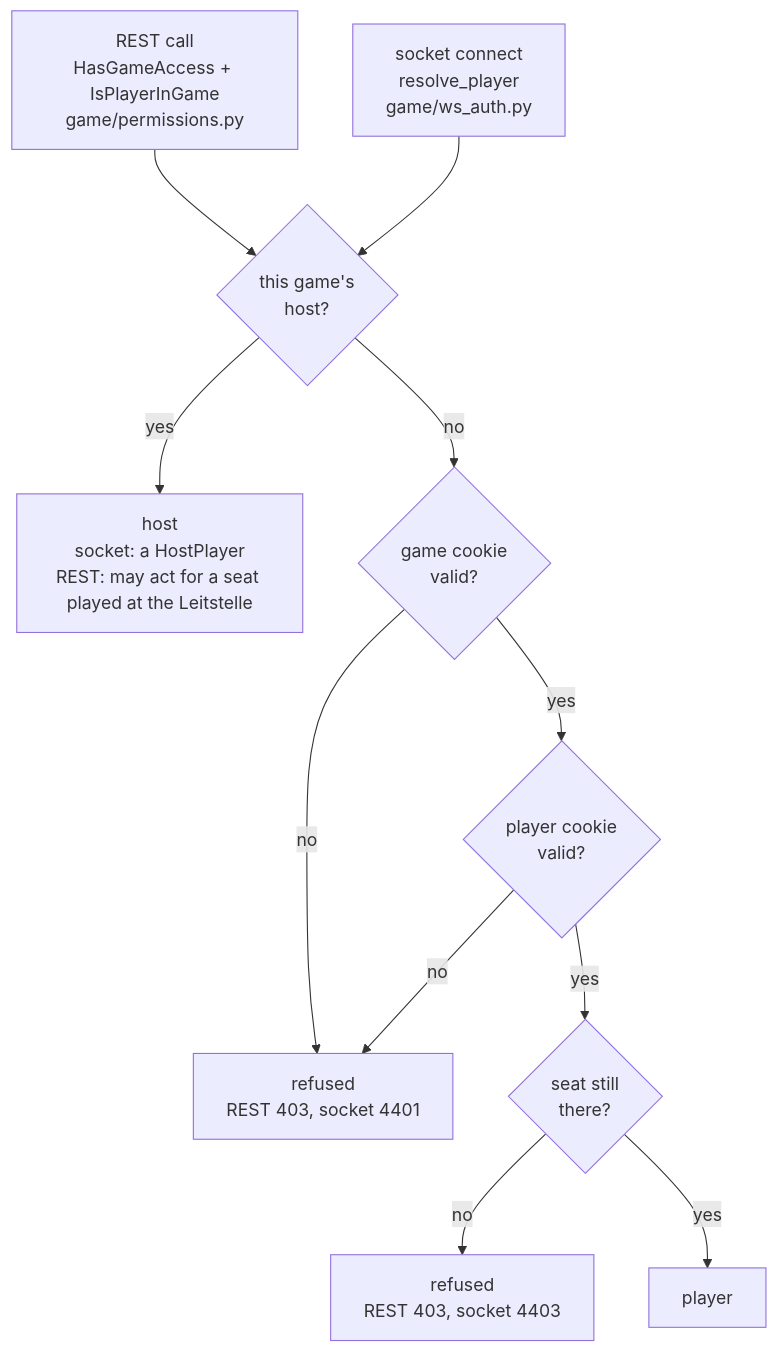
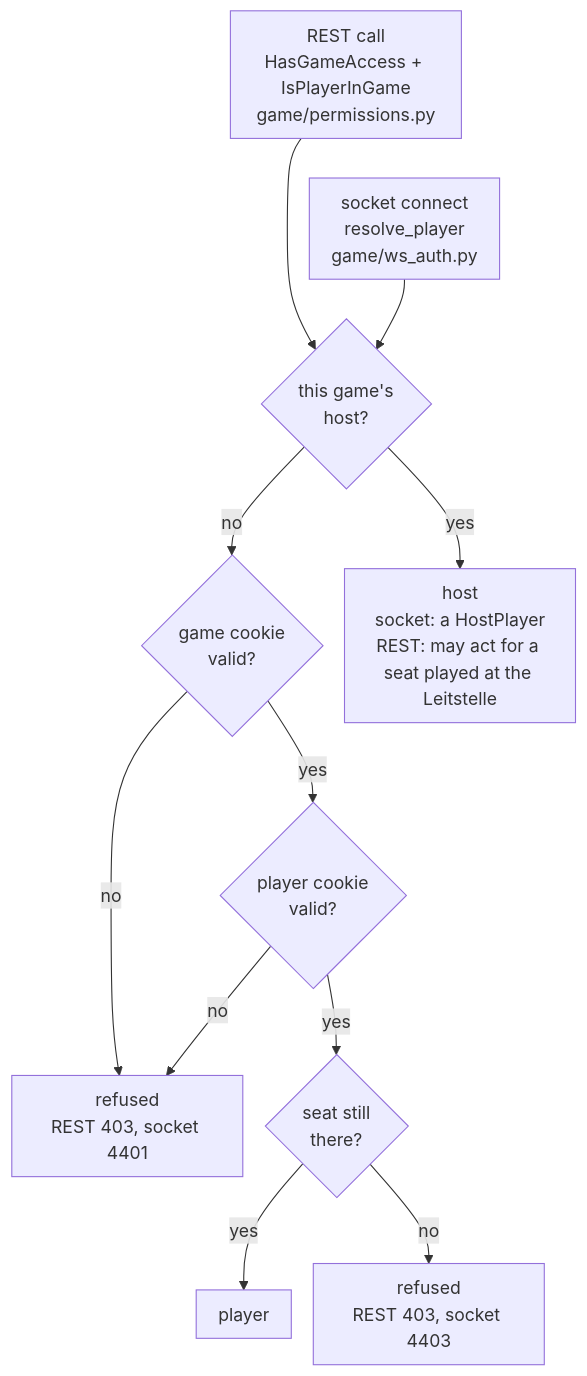
The fourth of 12 diagrams in docs/en-flowcharts.md (luke-hirsch/co2mmute), drawn with Mermaid before and after one commit. The commit also changed other lines of this file and 6 other files, not shown here.

Commit message:
ablaufdiagramme: 1, 4, 6, 8 und 10 schmaler gezeichnet (umbruchbreite, eine spalte, kürzere kantentexte), de und en gleich

````diff
--- a/docs/en-flowcharts.md
+++ b/docs/en-flowcharts.md
@@ -140,17 +145,19 @@
 ```mermaid
+%%{init: {"flowchart": {"wrappingWidth": 170, "nodeSpacing": 20, "rankSpacing": 36, "padding": 10}}}%%
 flowchart TD
     rest["REST call<br>HasGameAccess + IsPlayerInGame<br>game/permissions.py"]
     sock["socket connect<br>resolve_player<br>game/ws_auth.py"]
+    rest ~~~ sock
     rest --> host
     sock --> host
 
     host{"this game's<br>host?"}
+    host -->|"no"| access{"game cookie<br>valid?"}
     host -->|"yes"| hostok["host<br>socket: a HostPlayer<br>REST: may act for a seat played at the Leitstelle"]
-    host -->|"no"| access{"game cookie<br>valid?"}
+    access -->|"yes"| pid{"player cookie<br>valid?"}
     access -->|"no"| refused1["refused<br>REST 403, socket 4401"]
-    access -->|"yes"| pid{"player cookie<br>valid?"}
+    pid -->|"yes"| row{"seat still<br>there?"}
     pid -->|"no"| refused1
-    pid -->|"yes"| row{"seat still<br>there?"}
+    row -->|"yes"| player["player"]
     row -->|"no"| refused2["refused<br>REST 403, socket 4403"]
-    row -->|"yes"| player["player"]
 ```
````
